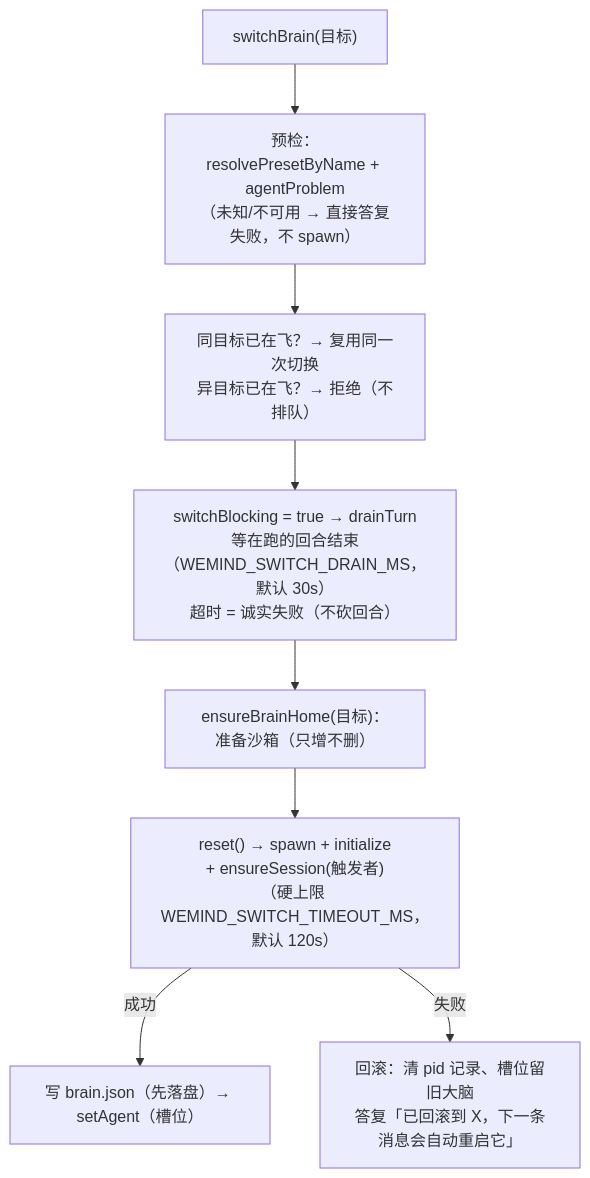
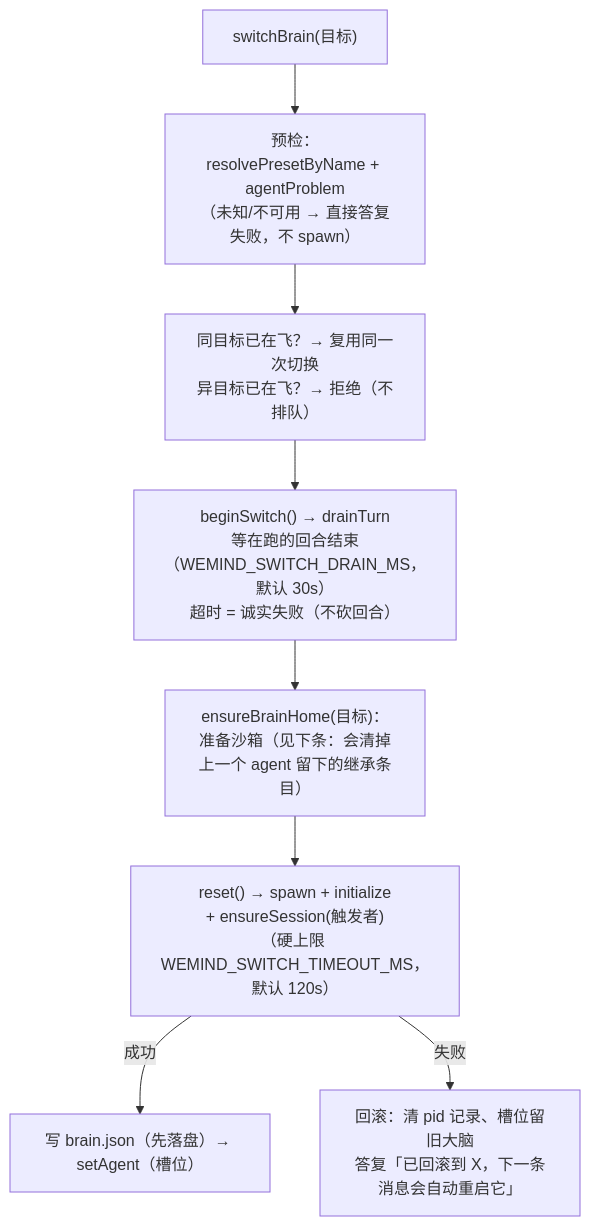
One commit to imwangpan/WeMind changed the second of 2 diagrams in docs/repowiki/06-ACP-大脑与沙箱.md. Above: the diagram before and after it, drawn with Mermaid. The commit also changed other lines of this file and 52 other files, not shown here.

````diff
--- a/docs/repowiki/06-ACP-大脑与沙箱.md
+++ b/docs/repowiki/06-ACP-大脑与沙箱.md
@@ -86,10 +88,10 @@
 ```mermaid
 graph TD
     A["switchBrain(目标)"] --> B["预检：resolvePresetByName + agentProblem<br/>（未知/不可用 → 直接答复失败，不 spawn）"]
     B --> C["同目标已在飞？→ 复用同一次切换<br/>异目标已在飞？→ 拒绝（不排队）"]
-    C --> D["switchBlocking = true → drainTurn<br/>等在跑的回合结束（WEMIND_SWITCH_DRAIN_MS，默认 30s）<br/>超时 = 诚实失败（不砍回合）"]
-    D --> E["ensureBrainHome(目标)：准备沙箱（只增不删）"]
+    C --> D["beginSwitch() → drainTurn<br/>等在跑的回合结束（WEMIND_SWITCH_DRAIN_MS，默认 30s）<br/>超时 = 诚实失败（不砍回合）"]
+    D --> E["ensureBrainHome(目标)：准备沙箱（见下条：会清掉上一个 agent 留下的继承条目）"]
     E --> F["reset() → spawn + initialize<br/>+ ensureSession(触发者)<br/>（硬上限 WEMIND_SWITCH_TIMEOUT_MS，默认 120s）"]
     F -->|成功| G["写 brain.json（先落盘）→ setAgent（槽位）"]
     F -->|失败| H["回滚：清 pid 记录、槽位留旧大脑<br/>答复「已回滚到 X，下一条消息会自动重启它」"]
 ```
````
